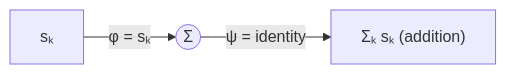
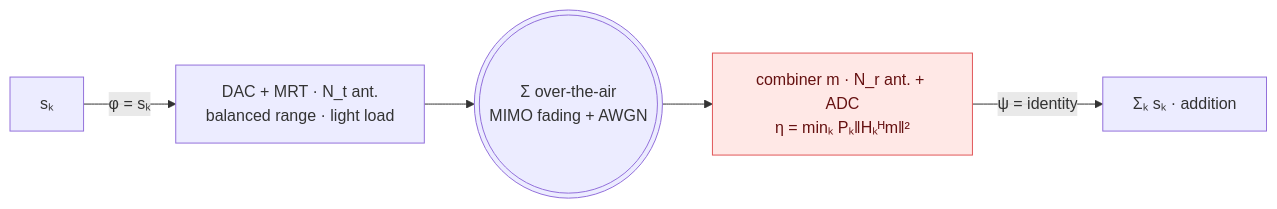
The second of 13 diagrams in README.md (wincle626/OverAirCompute), drawn with Mermaid before and after one commit. The commit also changed other lines of this file, not shown here.

````diff
--- a/README.md
+++ b/README.md
@@ -257,4 +260,9 @@
 ```mermaid
 flowchart LR
-    a["sₖ"] -->|"φ = sₖ"| S(("Σ")) -->|"ψ = identity"| r["Σₖ sₖ  (addition)"]
+    s["sₖ"] -->|"φ = sₖ"| tx["DAC + MRT · N_t ant.<br/>balanced range · light load"]
+    tx --> air((("Σ over-the-air<br/>MIMO fading + AWGN")))
+    air --> rx["combiner m · N_r ant. + ADC<br/>η = minₖ Pₖ‖Hₖᴴm‖²"]
+    rx -->|"ψ = identity"| r["Σₖ sₖ  ·  addition"]
+    classDef hot fill:#ffe8e6,stroke:#E15759,color:#611;
+    class rx hot;
 ```
````
